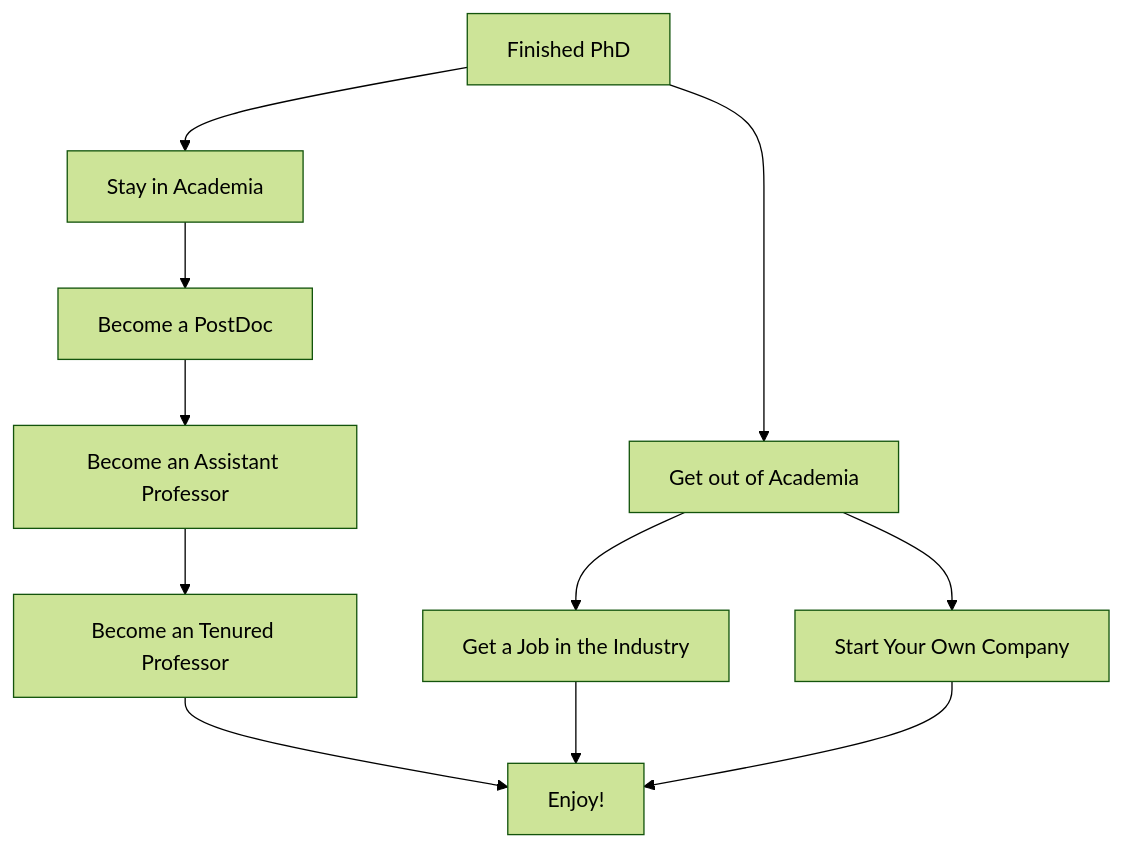
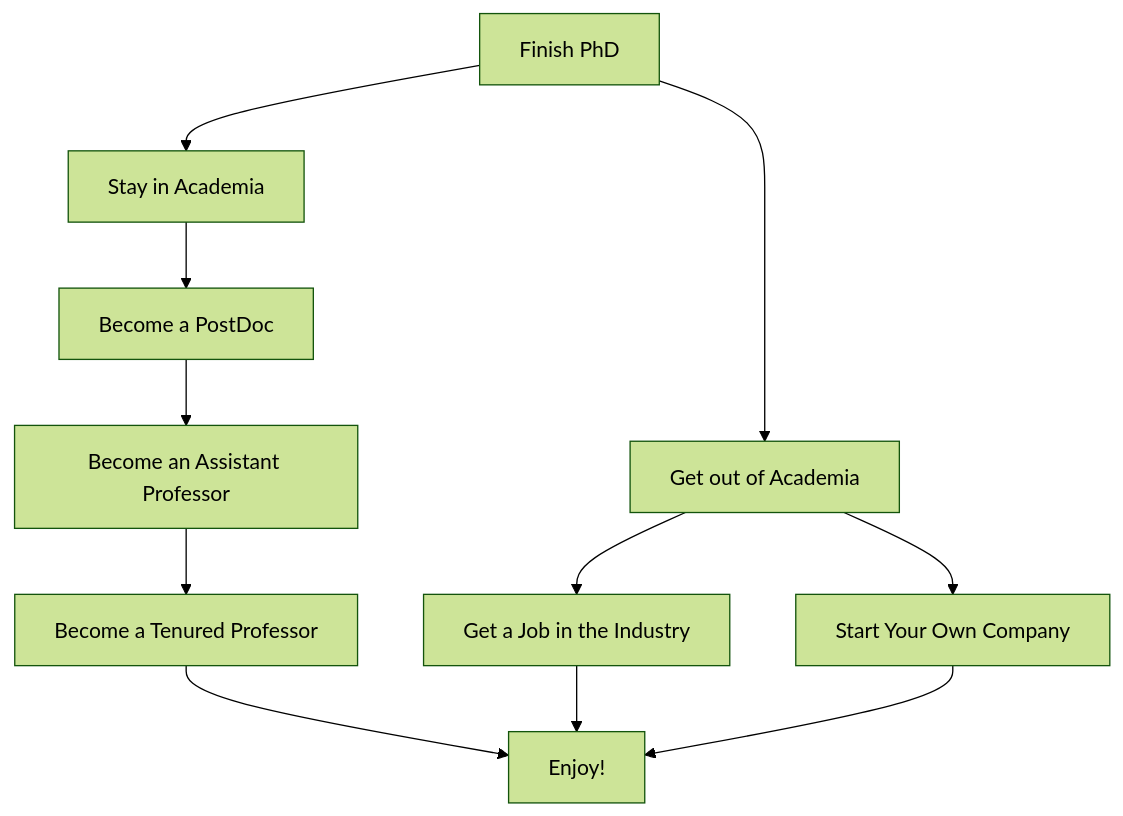
The diagram in _posts/2022/2022-02-22-how-phd-profiles-are-evaluated.md (cesarsotovalero/cesarsotovalero.github.io), drawn with Mermaid (forest theme) before and after one commit. The commit also changed other lines of this file and 3 other files, not shown here.

```diff
--- a/_posts/2022/2022-02-22-how-phd-profiles-are-evaluated.md
+++ b/_posts/2022/2022-02-22-how-phd-profiles-are-evaluated.md
@@ -47,13 +47,13 @@
 {% mermaid %}
 flowchart TB;
-a[Finished PhD] --> b[Stay in Academia];
-a[Finished PhD] --> c[Get out of Academia];
+a[Finish PhD] --> b[Stay in Academia];
+a[Finish PhD] --> c[Get out of Academia];
 c[Get out of Academia] --> j[Get a Job in the Industry];
 c[Get out of Academia] --> z[Start Your Own Company];
 b[Stay in Academia] --> d[Become a PostDoc];
 d[Become a PostDoc] --> e[Become an Assistant Professor];
-e[Become an Assistant Professor] --> f[Become an Tenured Professor];
-f[Become an Tenured Professor] --> k[Enjoy!];
+e[Become an Assistant Professor] --> f[Become a Tenured Professor];
+f[Become a Tenured Professor] --> k[Enjoy!];
 j[Get a Job in the Industry] --> k[Enjoy!];
 z[Start Your Own Company] --> k[Enjoy!];
 {% endmermaid %}
```
